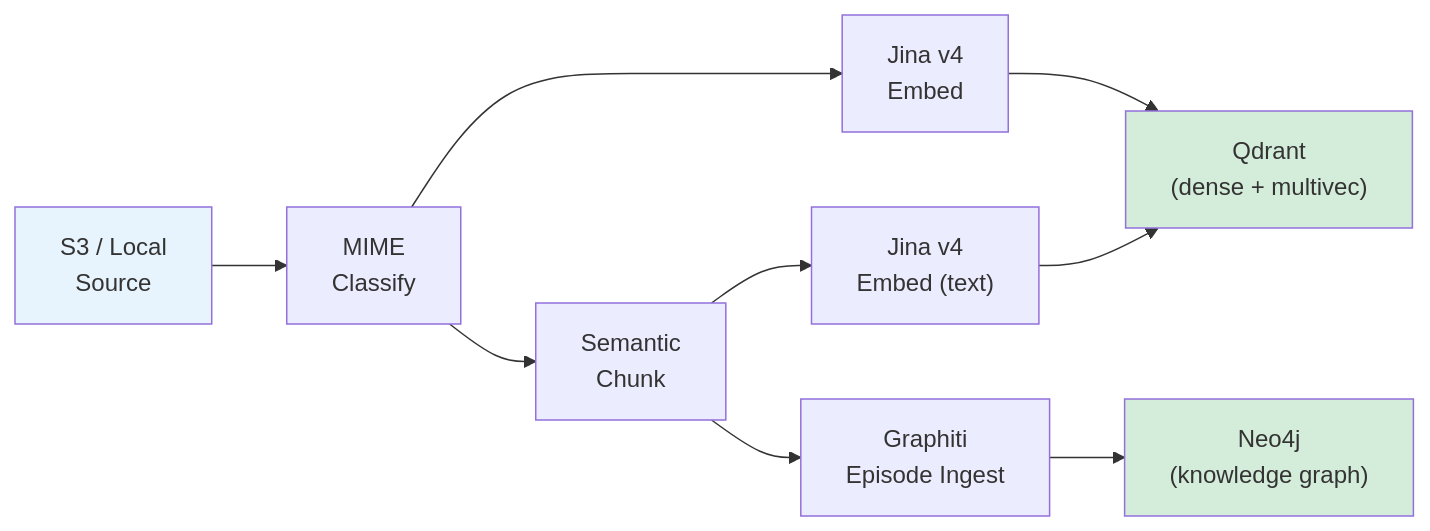
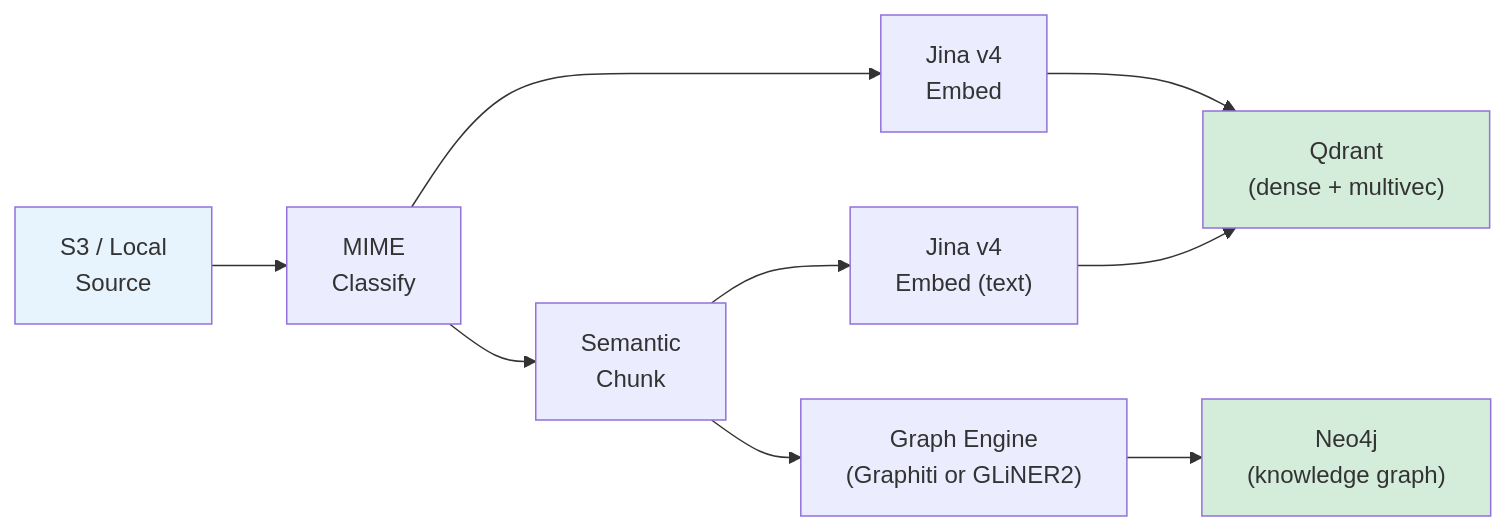
The first of 2 diagrams in docs/ingestion/overview.md (dollro/spektr), drawn with Mermaid before and after one commit. The commit also changed other lines of this file and 8 other files, not shown here.

First line of the commit message:
docs: update documentation for modular graph engine (GLiNER2 + Graphiti)

````diff
--- a/docs/ingestion/overview.md
+++ b/docs/ingestion/overview.md
@@ -7,15 +7,15 @@
 ```mermaid
 flowchart LR
     S3["S3 / Local\nSource"] --> Classify["MIME\nClassify"]
     Classify --> Chunk["Semantic\nChunk"]
     Classify --> Embed["Jina v4\nEmbed"]
     Chunk --> EmbedText["Jina v4\nEmbed (text)"]
     Embed --> Qdrant["Qdrant\n(dense + multivec)"]
     EmbedText --> Qdrant
-    Chunk --> Extract["Graphiti\nEpisode Ingest"]
+    Chunk --> Extract["Graph Engine\n(Graphiti or GLiNER2)"]
     Extract --> Neo4j["Neo4j\n(knowledge graph)"]
 
     style S3 fill:#e8f4fd
     style Qdrant fill:#d4edda
     style Neo4j fill:#d4edda
 ```
````
